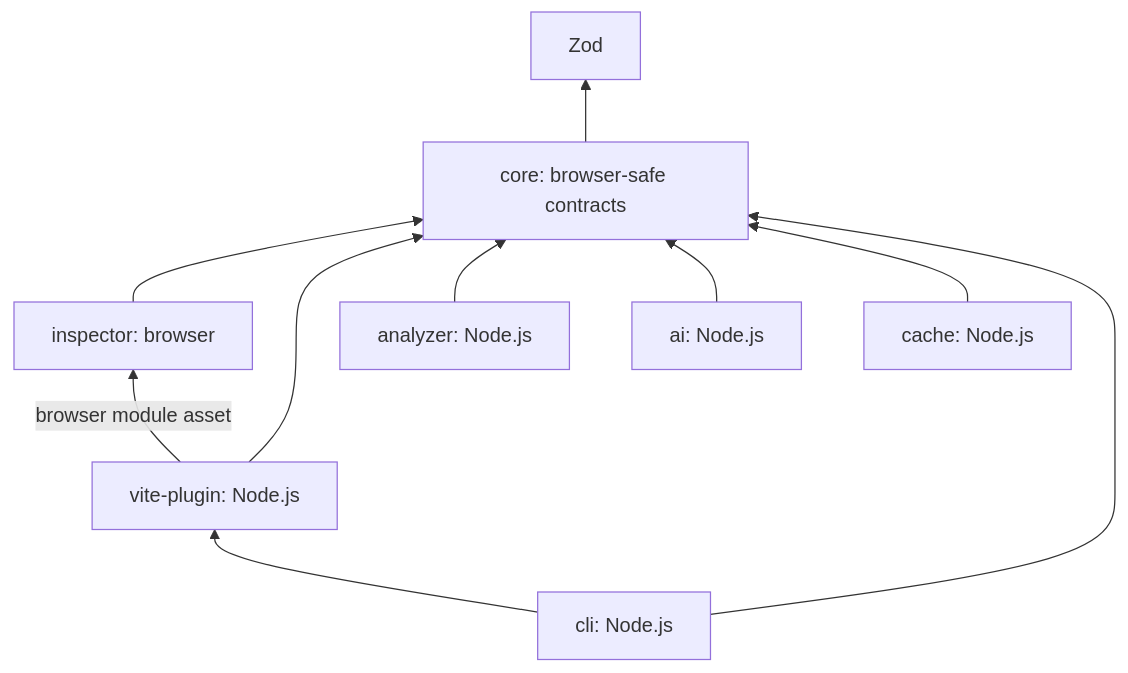
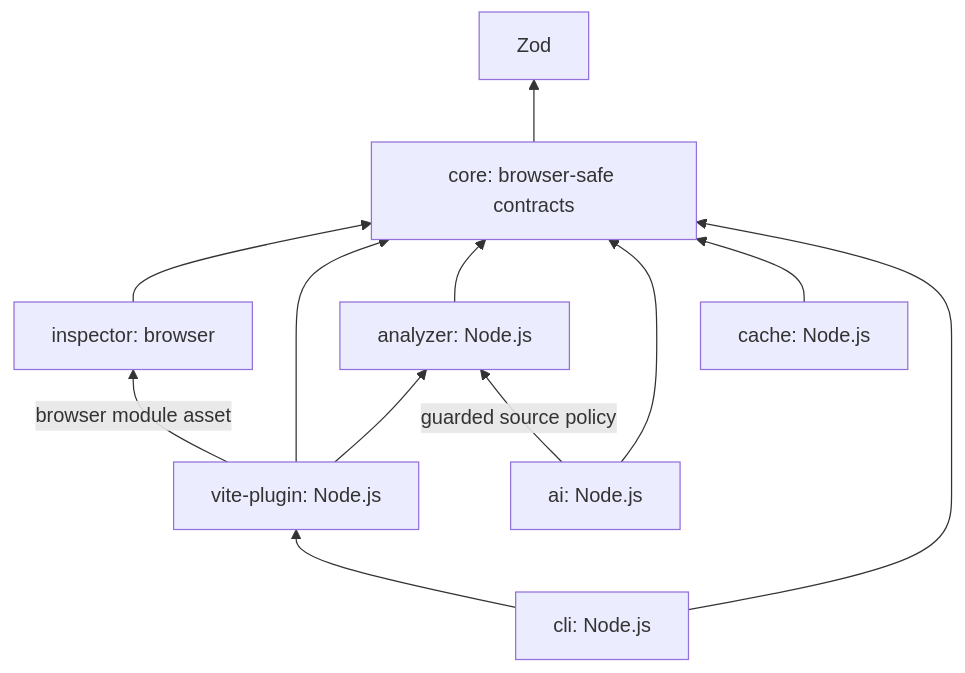
The diagram in docs/architecture.md (sonht113/dev-analyst), drawn with Mermaid before and after one commit. The commit also changed other lines of this file and 76 other files, not shown here.

````diff
--- a/docs/architecture.md
+++ b/docs/architecture.md
@@ -19,12 +19,14 @@
 ```mermaid
 flowchart BT
   Inspector[inspector: browser] --> Core[core: browser-safe contracts]
   Vite[vite-plugin: Node.js] --> Core
   Vite -->|browser module asset| Inspector
   Analyzer[analyzer: Node.js] --> Core
+  Vite --> Analyzer
   AI[ai: Node.js] --> Core
+  AI -->|guarded source policy| Analyzer
   Cache[cache: Node.js] --> Core
   CLI[cli: Node.js] --> Core
   CLI --> Vite
   Core --> Zod[Zod]
 ```
````
